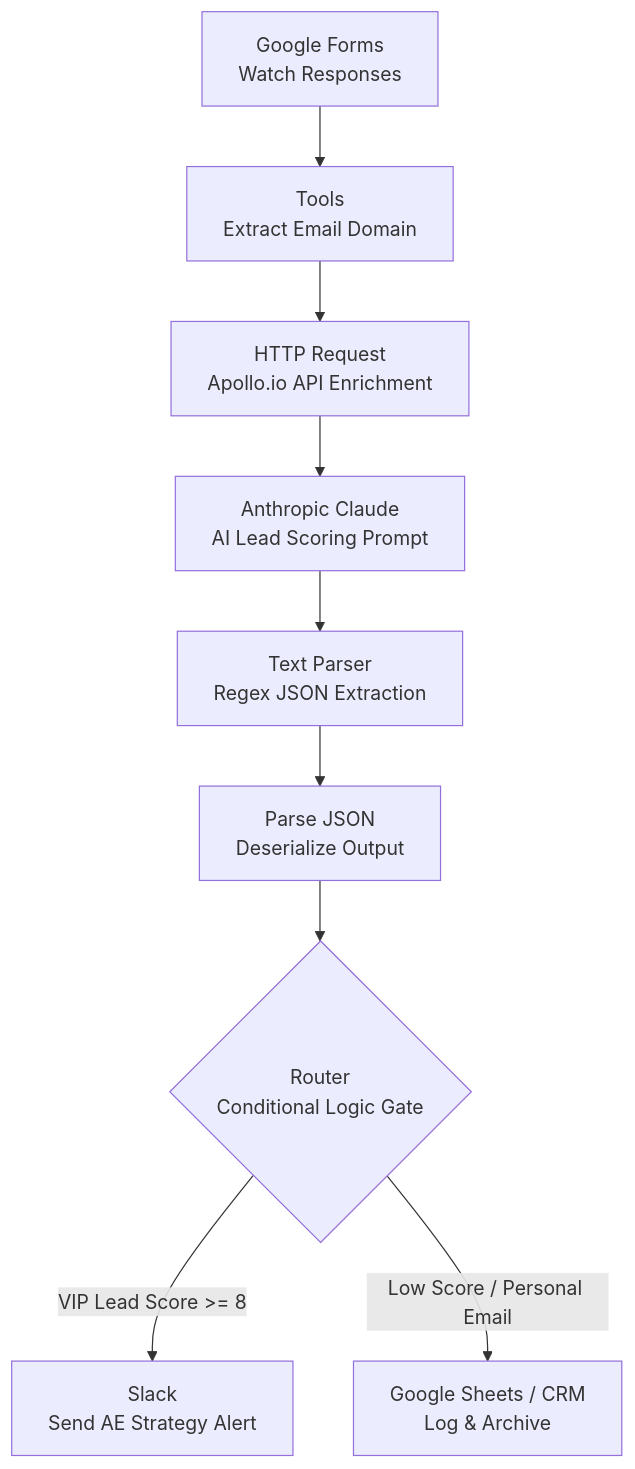
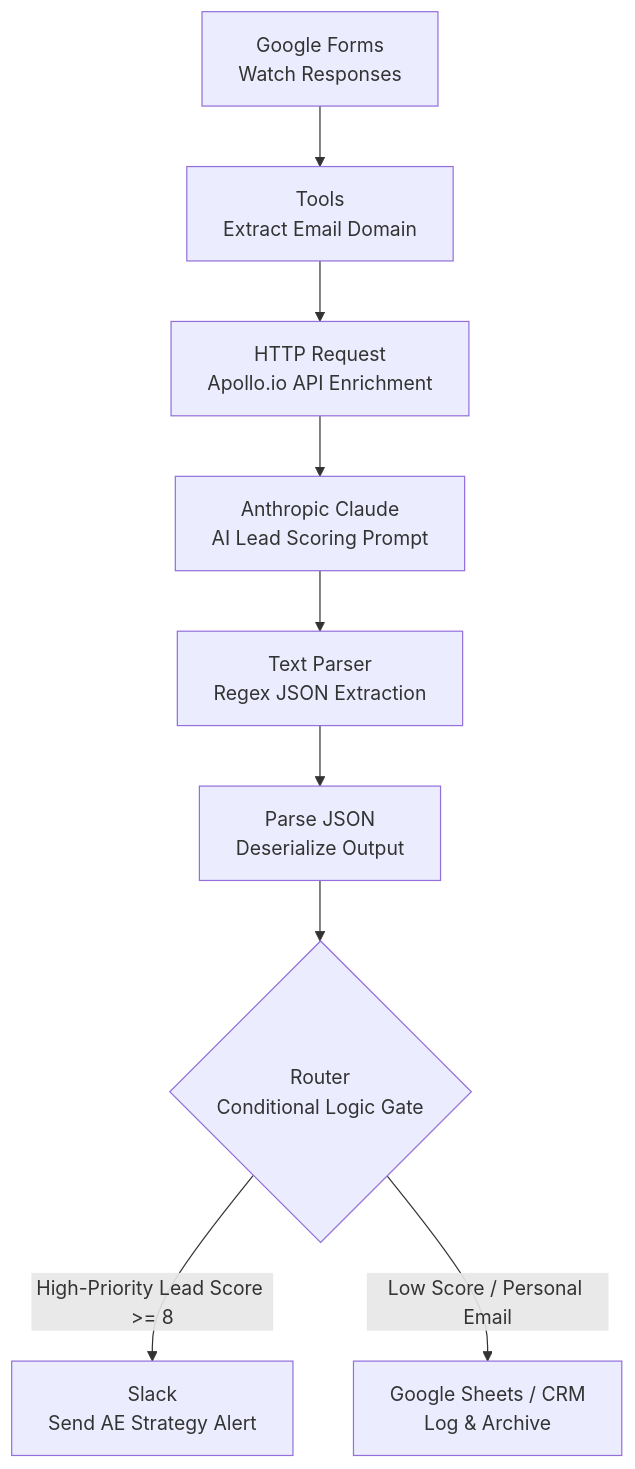
One commit to adilshasrehman-source/inbound-lead-enrichment-ai-scoring changed the diagram in README.md. Above: the diagram before and after it, drawn with Mermaid. The commit also changed other lines of this file, not shown here.

````diff
--- a/README.md
+++ b/README.md
@@ -10,11 +10,11 @@
 ```mermaid
 graph TD
     A[Google Forms<br>Watch Responses] --> B[Tools<br>Extract Email Domain]
     B --> C[HTTP Request<br>Apollo.io API Enrichment]
     C --> D[Anthropic Claude<br>AI Lead Scoring Prompt]
     D --> E[Text Parser<br>Regex JSON Extraction]
     E --> F[Parse JSON<br>Deserialize Output]
     F --> G{Router<br>Conditional Logic Gate}
-    G -- VIP Lead Score >= 8 --> H[Slack<br>Send AE Strategy Alert]
+    G -- High-Priority Lead Score >= 8 --> H[Slack<br>Send AE Strategy Alert]
     G -- Low Score / Personal Email --> I[Google Sheets / CRM<br>Log & Archive]
 ```
````
